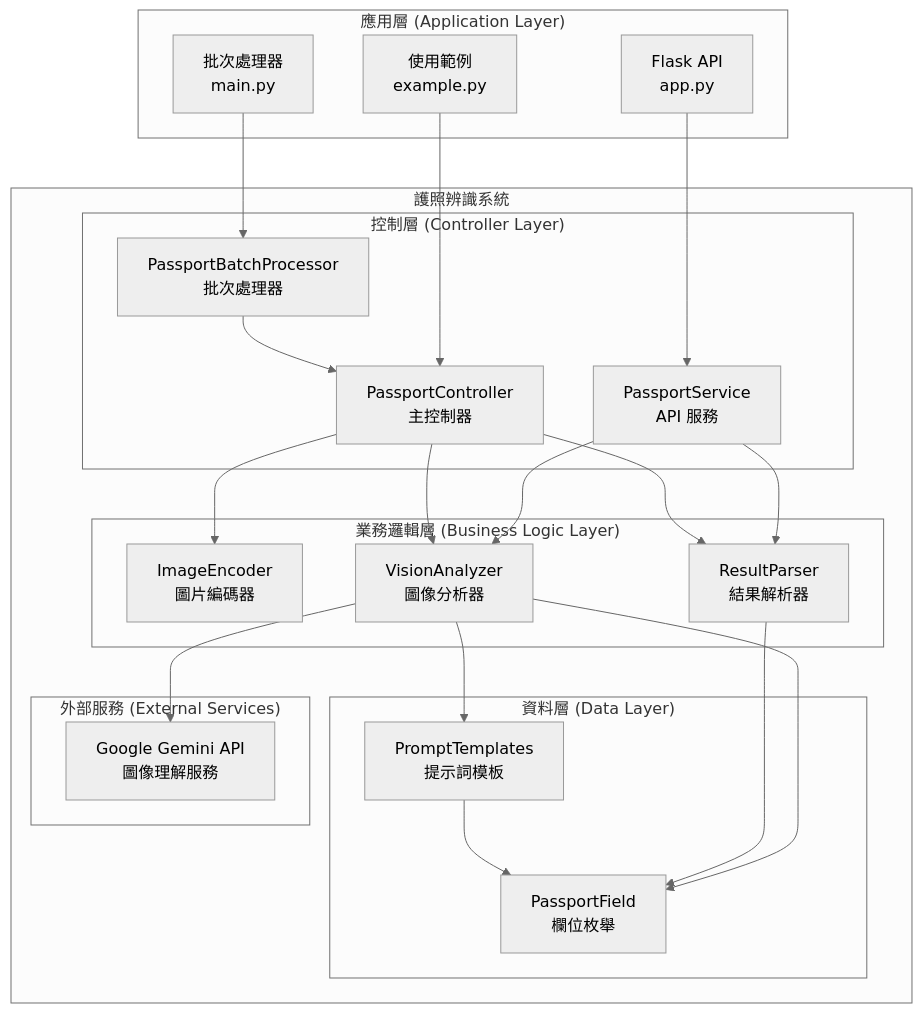
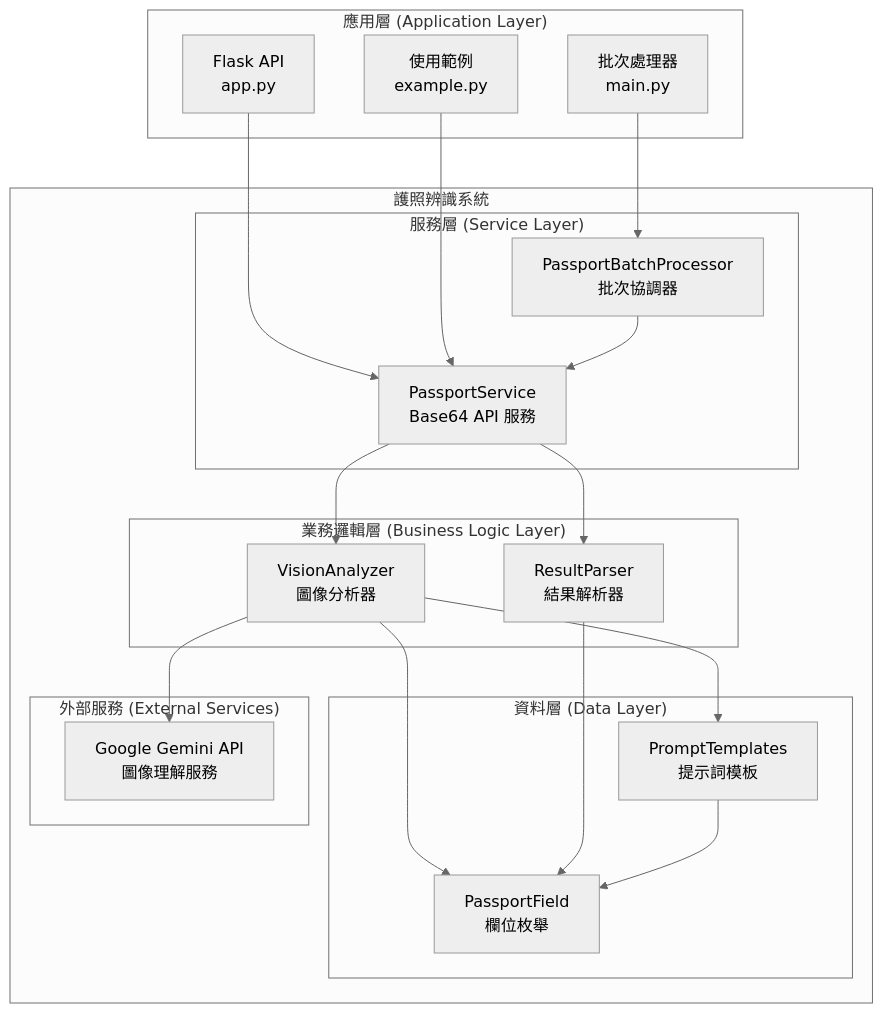
One commit to wu02067602/Passport-image-recognition changed the first of 5 diagrams in 元件圖.md. Above: the diagram before and after it, drawn with Mermaid (neutral theme). The commit also changed other lines of this file and 10 other files, not shown here.

First line of the commit message:
Refactor: Simplify passport recognition and batch processing

````diff
--- a/元件圖.md
+++ b/元件圖.md
@@ -7,47 +7,42 @@
 ```mermaid
 graph TB
     subgraph "應用層 (Application Layer)"
         API[Flask API<br/>app.py]
         BATCH[批次處理器<br/>main.py]
         EXAMPLE[使用範例<br/>example.py]
     end
     
     subgraph "護照辨識系統"
-        subgraph "控制層 (Controller Layer)"
-            PC[PassportController<br/>主控制器]
-            PS[PassportService<br/>API 服務]
-            BP[PassportBatchProcessor<br/>批次處理器]
+        subgraph "服務層 (Service Layer)"
+            PS[PassportService<br/>Base64 API 服務]
+            BP[PassportBatchProcessor<br/>批次協調器]
         end
         
         subgraph "業務邏輯層 (Business Logic Layer)"
-            IE[ImageEncoder<br/>圖片編碼器]
             VA[VisionAnalyzer<br/>圖像分析器]
             RP[ResultParser<br/>結果解析器]
         end
         
         subgraph "資料層 (Data Layer)"
             PT[PromptTemplates<br/>提示詞模板]
             PF[PassportField<br/>欄位枚舉]
         end
         
         subgraph "外部服務 (External Services)"
             GAPI[Google Gemini API<br/>圖像理解服務]
         end
     end
     
     API --> PS
     BATCH --> BP
-    EXAMPLE --> PC
+    EXAMPLE --> PS
     
+    BP --> PS
     PS --> VA
     PS --> RP
-    BP --> PC
-    PC --> IE
-    PC --> VA
-    PC --> RP
     VA --> PT
+    VA --> PF
     VA --> GAPI
-    VA --> PF
     RP --> PF
     PT --> PF
 ```
````
